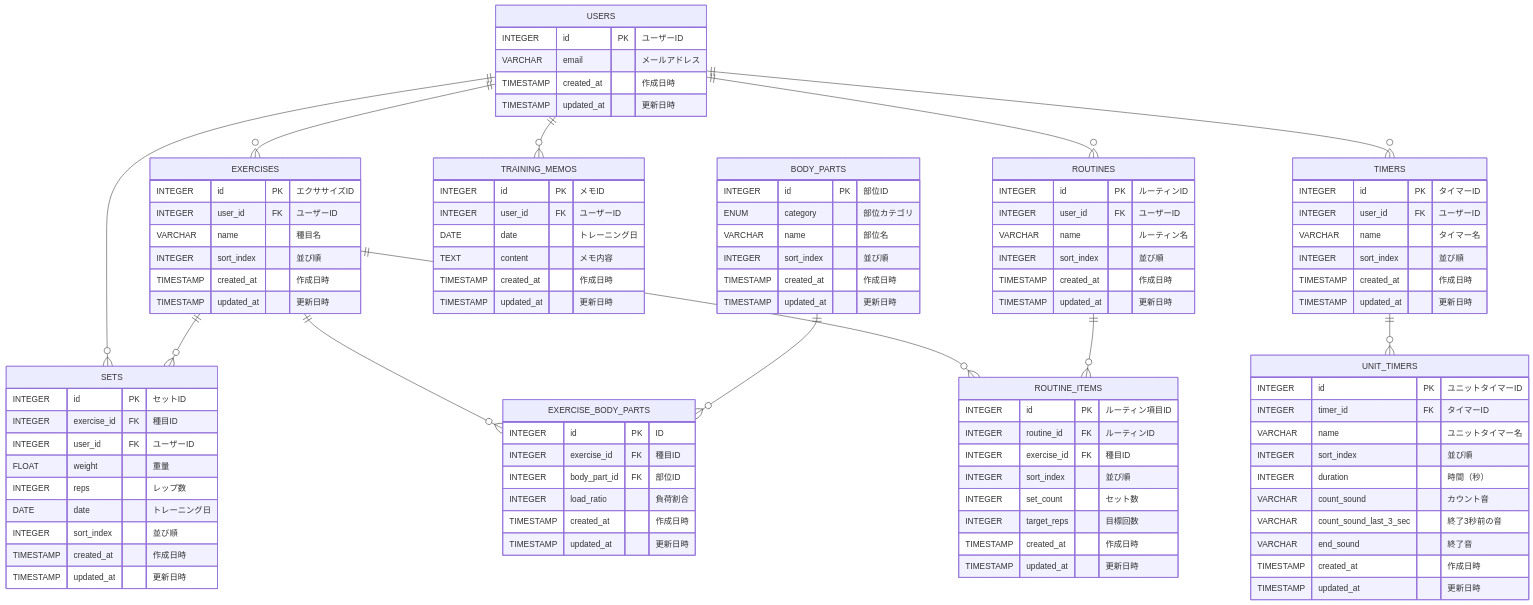
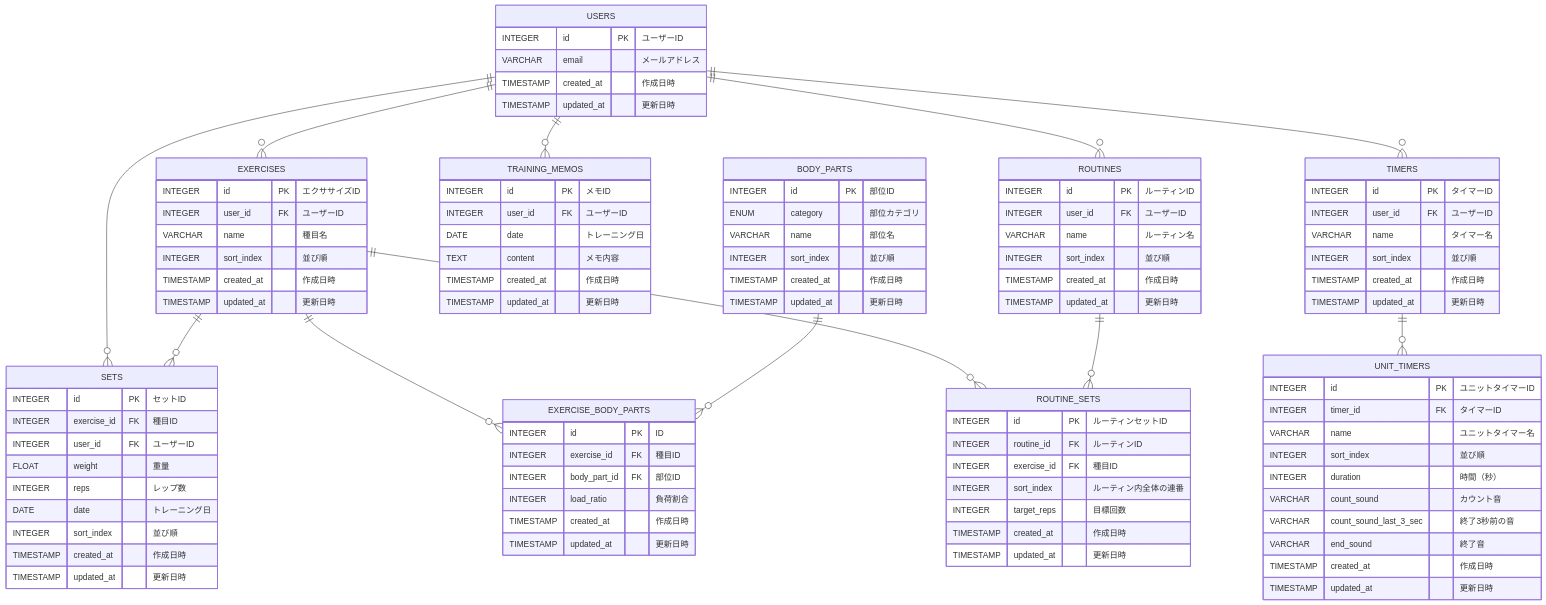
The diagram in docs/design/ER図.md (t-miura-024/lifro), drawn with Mermaid before and after one commit. The commit also changed 26 other files, not shown here.

````diff
--- a/docs/design/ER図.md
+++ b/docs/design/ER図.md
@@ -88,12 +88,11 @@
         TIMESTAMP updated_at "更新日時"
     }
 
-    ROUTINE_ITEMS {
-        INTEGER id PK "ルーティン項目ID"
+    ROUTINE_SETS {
+        INTEGER id PK "ルーティンセットID"
         INTEGER routine_id FK "ルーティンID"
         INTEGER exercise_id FK "種目ID"
-        INTEGER sort_index "並び順"
-        INTEGER set_count "セット数"
+        INTEGER sort_index "ルーティン内全体の連番"
         INTEGER target_reps "目標回数"
         TIMESTAMP created_at "作成日時"
         TIMESTAMP updated_at "更新日時"
@@ -106,8 +105,8 @@
     USERS ||--o{ ROUTINES : ""
     EXERCISES ||--o{ SETS : ""
     EXERCISES ||--o{ EXERCISE_BODY_PARTS : ""
-    EXERCISES ||--o{ ROUTINE_ITEMS : ""
+    EXERCISES ||--o{ ROUTINE_SETS : ""
     BODY_PARTS ||--o{ EXERCISE_BODY_PARTS : ""
     TIMERS ||--o{ UNIT_TIMERS : ""
-    ROUTINES ||--o{ ROUTINE_ITEMS : ""
+    ROUTINES ||--o{ ROUTINE_SETS : ""
 ```
````
